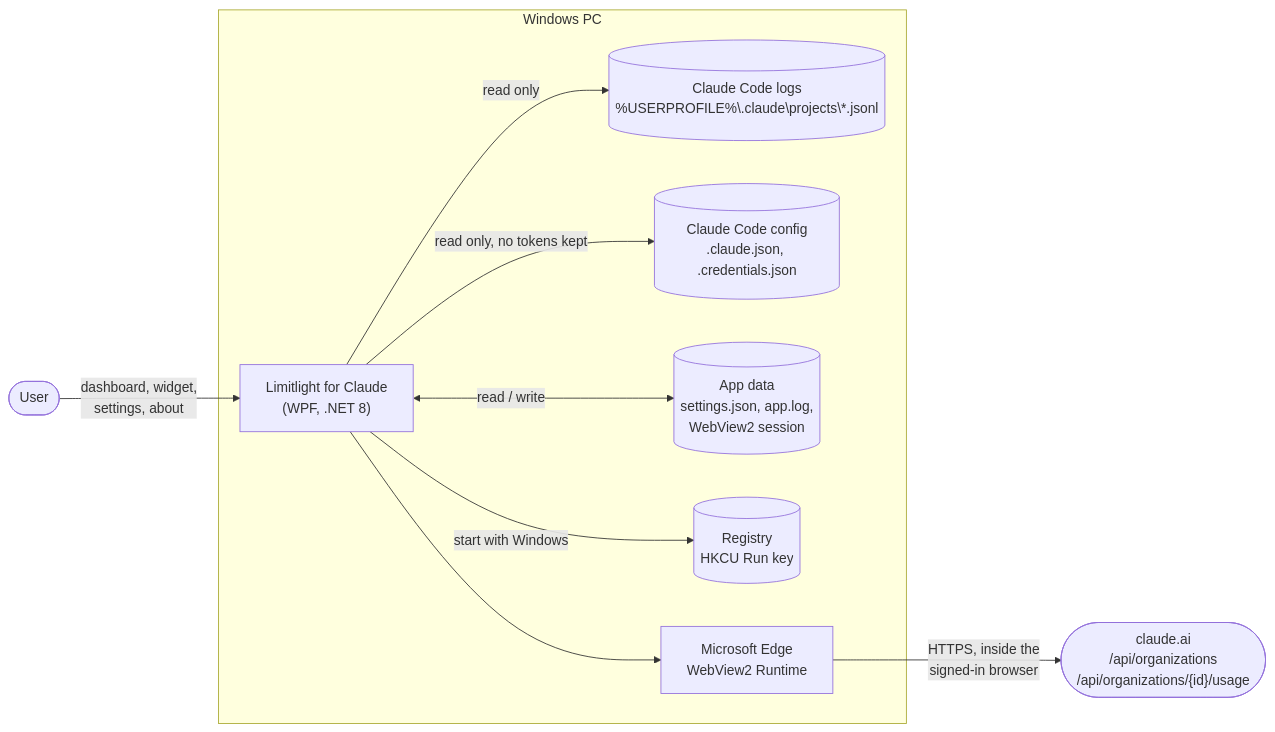
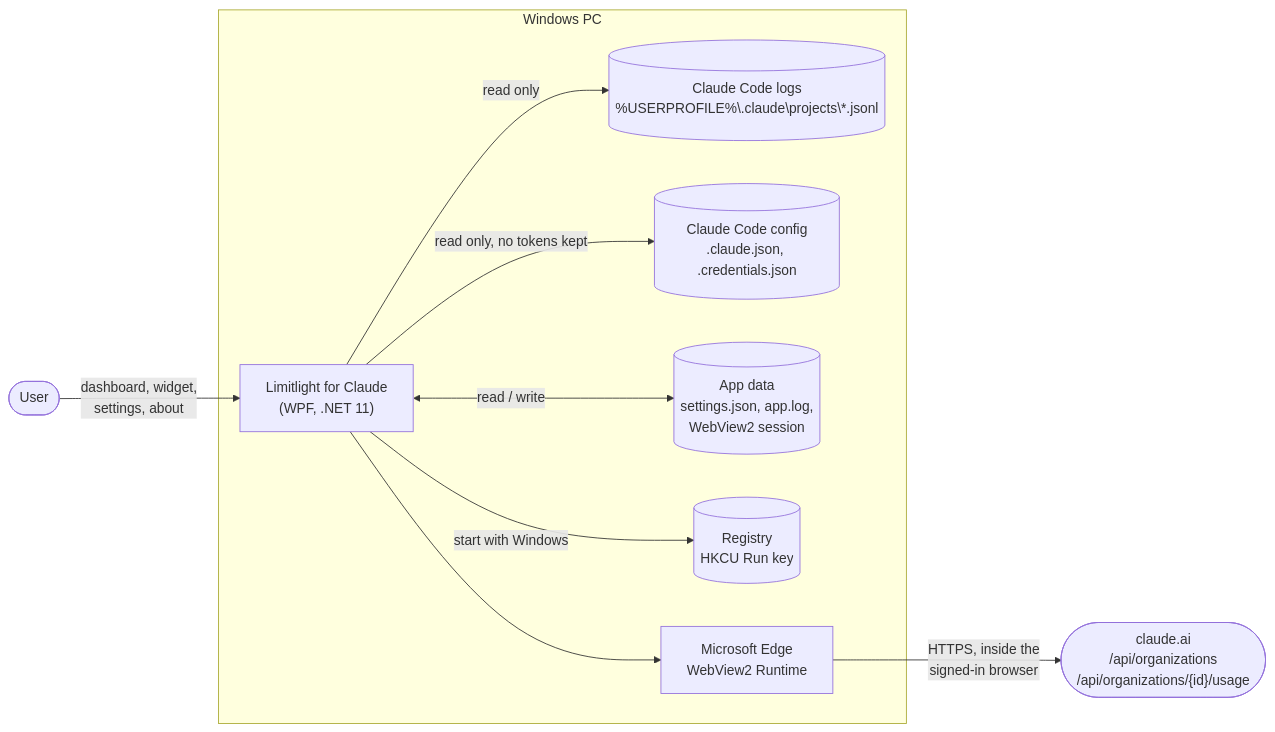
The first of 6 diagrams in docs/DIAGRAMS.md (agoldust/Limitlight-for-Claude), drawn with Mermaid before and after one commit. The commit also changed 4 other files, not shown here.

````diff
--- a/docs/DIAGRAMS.md
+++ b/docs/DIAGRAMS.md
@@ -9,23 +9,23 @@
 ```mermaid
 flowchart LR
     user([User])
 
     subgraph pc["Windows PC"]
-        app["Limitlight for Claude<br/>(WPF, .NET 8)"]
+        app["Limitlight for Claude<br/>(WPF, .NET 11)"]
         logs[("Claude Code logs<br/>%USERPROFILE%\.claude\projects\*.jsonl")]
         cfg[("Claude Code config<br/>.claude.json, .credentials.json")]
         store[("App data<br/>settings.json, app.log,<br/>WebView2 session")]
         run[("Registry<br/>HKCU Run key")]
         wv2["Microsoft Edge<br/>WebView2 Runtime"]
     end
 
     claude(["claude.ai<br/>/api/organizations<br/>/api/organizations/{id}/usage"])
 
     user -->|"dashboard, widget,<br/>settings, about"| app
     app -->|"read only"| logs
     app -->|"read only, no tokens kept"| cfg
     app <-->|"read / write"| store
     app -->|"start with Windows"| run
     app --> wv2
     wv2 -->|"HTTPS, inside the<br/>signed-in browser"| claude
 ```
````
